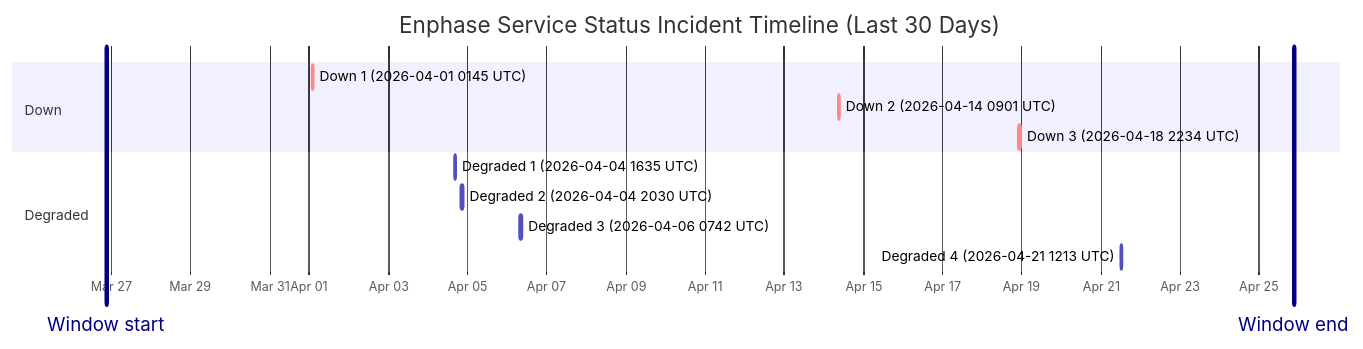
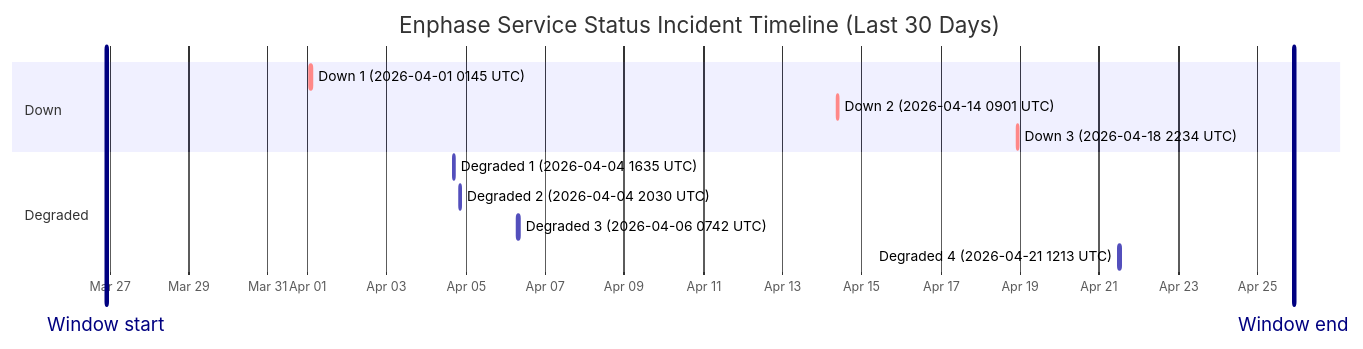
One commit to barneyonline/ha-enphase-ev-charger changed the diagram in wiki/Service-Status-History.md. Above: the diagram before and after it, drawn with Mermaid. The commit also changed other lines of this file and 3 other files, not shown here.

````diff
--- a/wiki/Service-Status-History.md
+++ b/wiki/Service-Status-History.md
@@ -14,17 +14,17 @@
 ```mermaid
 gantt
     title Enphase Service Status Incident Timeline (Last 30 Days)
     dateFormat  YYYY-MM-DDTHH:mm:ss
     axisFormat  %b %d
-    Window start :vert, window-start, 2026-03-26T21:04:16, 0ms
-    Window end :vert, window-end, 2026-04-25T21:04:16, 0ms
+    Window start :vert, window-start, 2026-03-26T22:00:37, 0ms
+    Window end :vert, window-end, 2026-04-25T22:00:37, 0ms
     section Down
     Down 1 (2026-04-01 0145 UTC) :crit, down-1, 2026-04-01T01:45:09, 60m
     Down 2 (2026-04-14 0901 UTC) :crit, down-2, 2026-04-14T09:01:13, 60m
     Down 3 (2026-04-18 2234 UTC) :crit, down-3, 2026-04-18T22:34:13, 60m
     section Degraded
     Degraded 1 (2026-04-04 1635 UTC) :active, degraded-1, 2026-04-04T16:35:17, 60m
     Degraded 2 (2026-04-04 2030 UTC) :active, degraded-2, 2026-04-04T20:30:40, 60m
     Degraded 3 (2026-04-06 0742 UTC) :active, degraded-3, 2026-04-06T07:42:09, 85m
     Degraded 4 (2026-04-21 1213 UTC) :active, degraded-4, 2026-04-21T12:13:11, 60m
 ```
````
